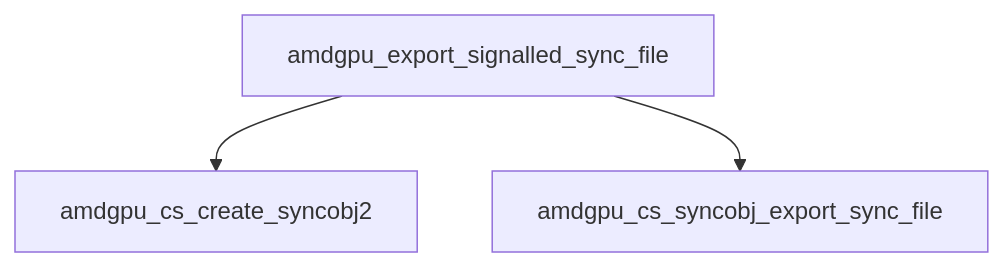
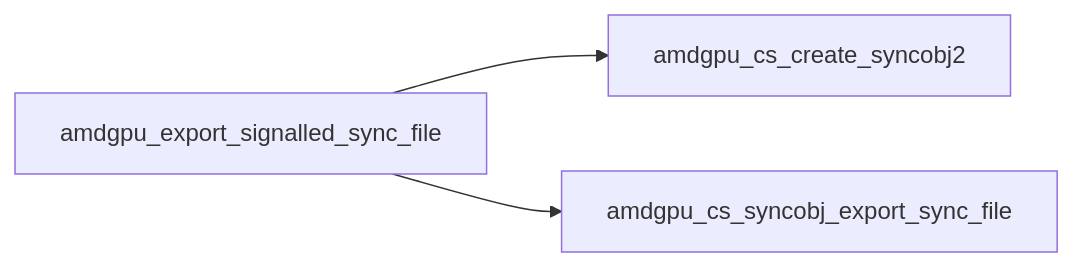
Diagram 16 of 18 in amdgpu_winsyhs.md (ddqwd/mesa3d), drawn with Mermaid before and after one commit. The commit also changed other lines of this file, not shown here.

````diff
--- a/amdgpu_winsyhs.md
+++ b/amdgpu_winsyhs.md
@@ -362,5 +357,5 @@
 ```mermaid
-graph TD
+graph LR
 amdgpu_export_signalled_sync_file --> 	amdgpu_cs_create_syncobj2 
 amdgpu_export_signalled_sync_file --> 	amdgpu_cs_syncobj_export_sync_file
 ```
````
